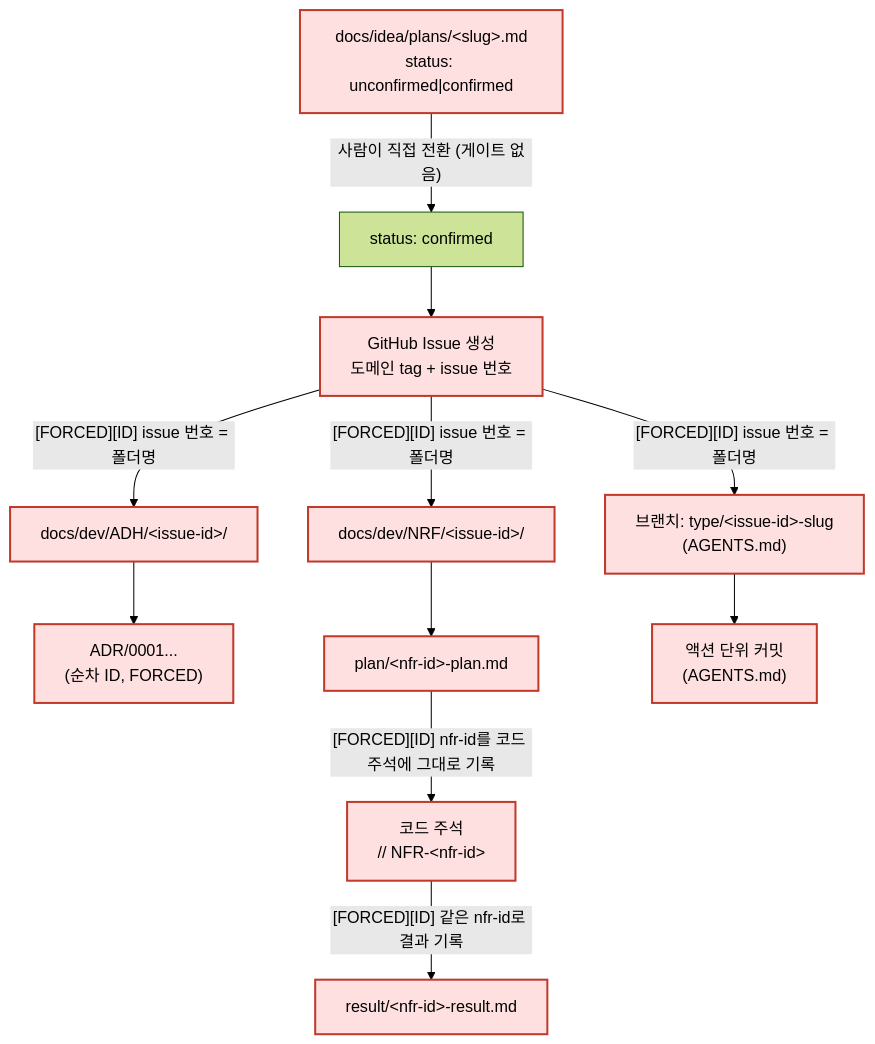
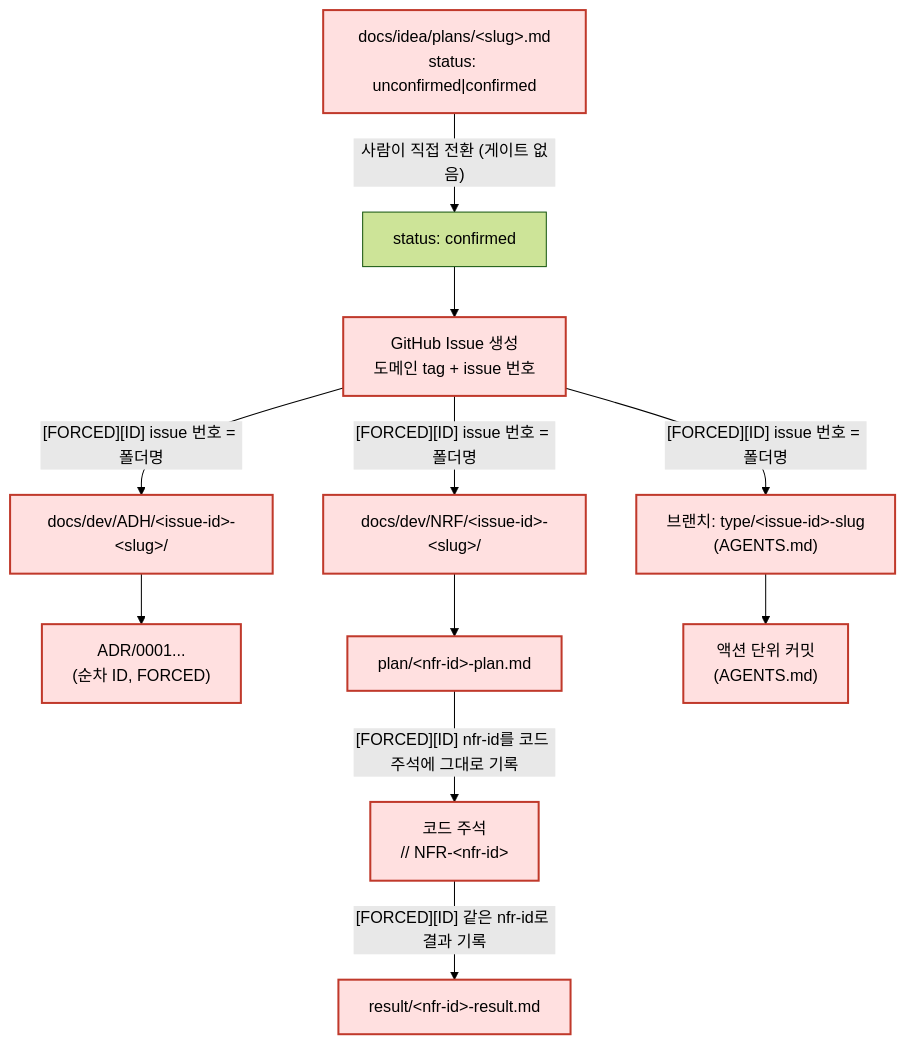
The first of 3 diagrams in docs/dev/README.md (options0179/RE-DAY), drawn with Mermaid (forest theme) before and after one commit. The commit also changed other lines of this file and 14 other files, not shown here.

````diff
--- a/docs/dev/README.md
+++ b/docs/dev/README.md
@@ -35,20 +38,20 @@
 ```mermaid
 flowchart TD
     classDef forced fill:#ffe0e0,stroke:#c0392b,stroke-width:2px;
 
     PLAN["docs/idea/plans/&lt;slug&gt;.md<br/>status: unconfirmed|confirmed"]:::forced
     PLAN -->|"사람이 직접 전환 (게이트 없음)"| CONFIRM[status: confirmed]
     CONFIRM --> ISSUE["GitHub Issue 생성<br/>도메인 tag + issue 번호"]:::forced
 
     ISSUE -->|"[FORCED][ID] issue 번호 = 폴더명"| BRANCH["브랜치: type/&lt;issue-id&gt;-slug<br/>(AGENTS.md)"]:::forced
-    ISSUE -->|"[FORCED][ID] issue 번호 = 폴더명"| ADHDIR["docs/dev/ADH/&lt;issue-id&gt;/"]:::forced
-    ISSUE -->|"[FORCED][ID] issue 번호 = 폴더명"| NRFDIR["docs/dev/NRF/&lt;issue-id&gt;/"]:::forced
+    ISSUE -->|"[FORCED][ID] issue 번호 = 폴더명"| ADHDIR["docs/dev/ADH/&lt;issue-id&gt;-&lt;slug&gt;/"]:::forced
+    ISSUE -->|"[FORCED][ID] issue 번호 = 폴더명"| NRFDIR["docs/dev/NRF/&lt;issue-id&gt;-&lt;slug&gt;/"]:::forced
 
     ADHDIR --> ADR["ADR/0001...<br/>(순차 ID, FORCED)"]:::forced
     NRFDIR --> NRFPLAN["plan/&lt;nfr-id&gt;-plan.md"]:::forced
 
     NRFPLAN -->|"[FORCED][ID] nfr-id를 코드 주석에 그대로 기록"| CODE["코드 주석<br/>// NFR-&lt;nfr-id&gt;"]:::forced
     CODE -->|"[FORCED][ID] 같은 nfr-id로 결과 기록"| NRFRESULT["result/&lt;nfr-id&gt;-result.md"]:::forced
 
     BRANCH --> COMMIT["액션 단위 커밋<br/>(AGENTS.md)"]:::forced
 ```
````
